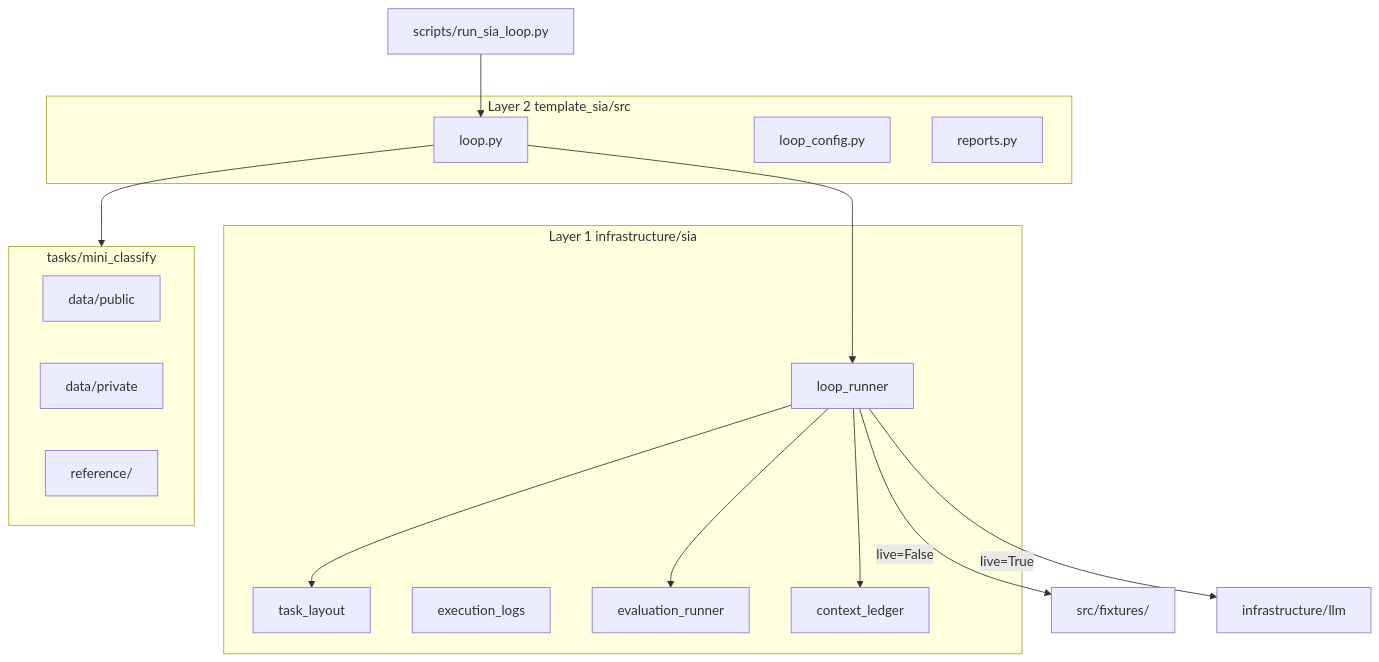
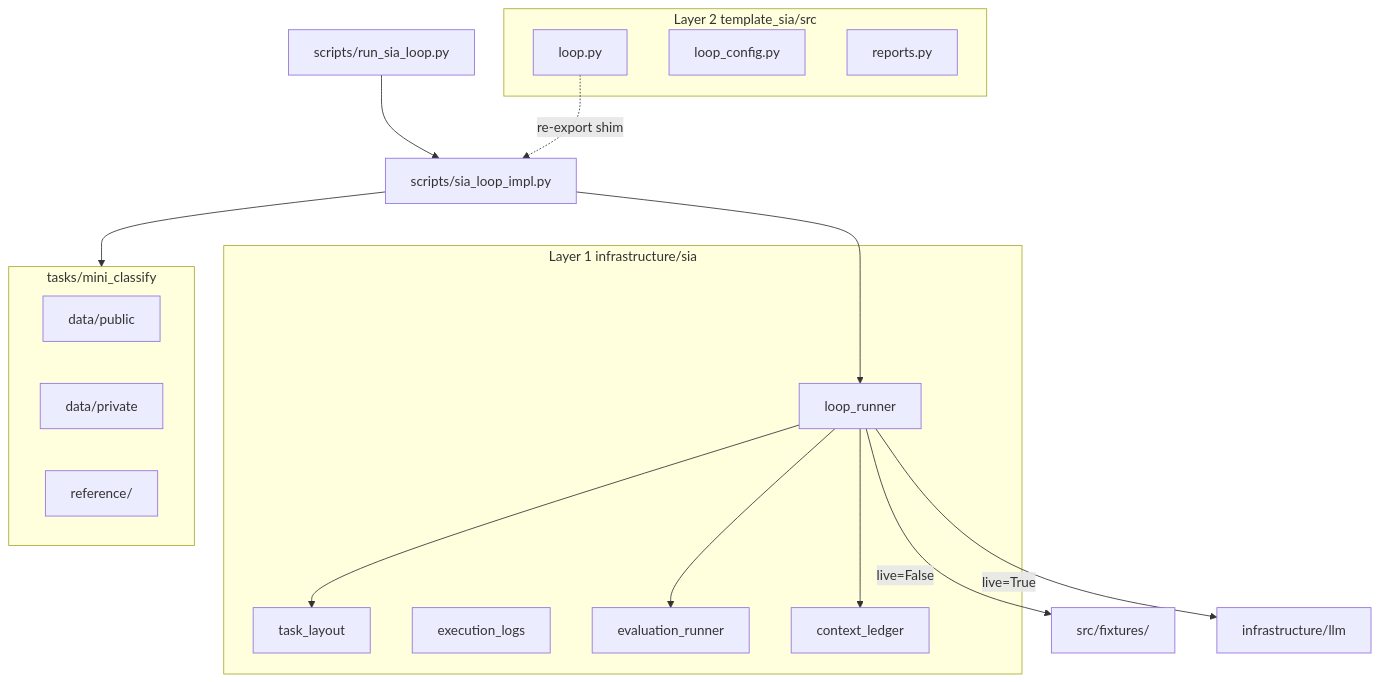
The diagram in projects/templates/template_sia/docs/architecture.md (docxology/template), drawn with Mermaid before and after one commit. The commit also changed other lines of this file and 196 other files, not shown here.

````diff
--- a/projects/templates/template_sia/docs/architecture.md
+++ b/projects/templates/template_sia/docs/architecture.md
@@ -5,31 +5,32 @@
 ```mermaid
 flowchart TB
   subgraph L1 [Layer 1 infrastructure/sia]
     TL[task_layout]
     EL[execution_logs]
     ER[evaluation_runner]
     CL[context_ledger]
     LR[loop_runner]
   end
 
   subgraph L2 [Layer 2 template_sia/src]
     LOOP[loop.py]
     CFG[loop_config.py]
     REP[reports.py]
   end
 
   subgraph TASK [tasks/mini_classify]
     PUB[data/public]
     PRIV[data/private]
     REF[reference/]
   end
 
-  SCR[scripts/run_sia_loop.py] --> LOOP
-  LOOP --> LR
+  SCR[scripts/run_sia_loop.py] --> IMPL[scripts/sia_loop_impl.py]
+  IMPL --> LR
+  LOOP -.re-export shim.-> IMPL
   LR --> TL
   LR --> ER
   LR --> CL
-  LOOP --> TASK
+  IMPL --> TASK
   LR -->|live=False| FIX[src/fixtures/]
   LR -->|live=True| LLM[infrastructure/llm]
 ```
````
